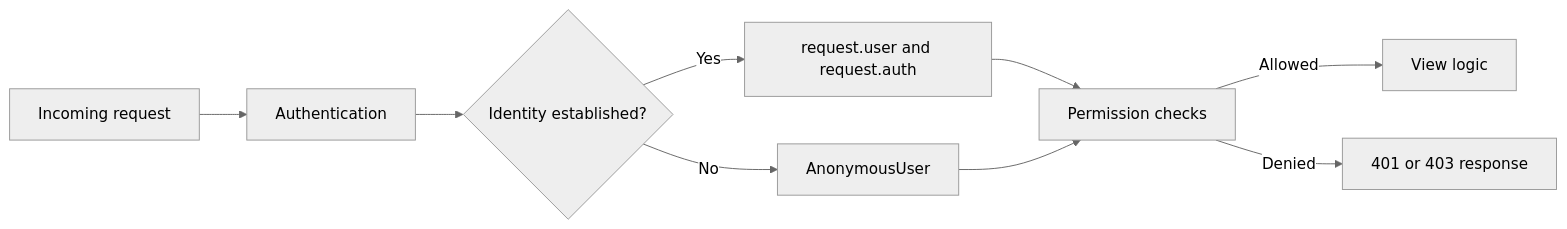
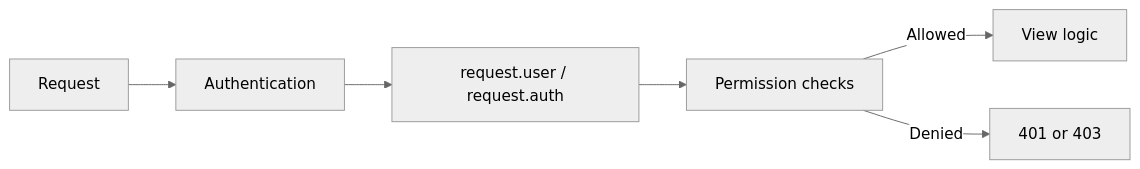
The first of 5 diagrams in src/content/drf/permissions.md (AvadhBhalodiya/Interview-Preparation), drawn with Mermaid (neutral theme) before and after one commit. The commit also changed other lines of this file and 80 other files, not shown here.

````diff
--- a/src/content/drf/permissions.md
+++ b/src/content/drf/permissions.md
@@ -52,11 +40,8 @@
 ```mermaid
 flowchart LR
-    A[Incoming request] --> B[Authentication]
-    B --> C{Identity established?}
-    C -->|Yes| D[request.user and request.auth]
-    C -->|No| E[AnonymousUser]
-    D --> F[Permission checks]
-    E --> F
-    F -->|Allowed| G[View logic]
-    F -->|Denied| H[401 or 403 response]
+    A[Request] --> B[Authentication]
+    B --> C[request.user / request.auth]
+    C --> D[Permission checks]
+    D -->|Allowed| E[View logic]
+    D -->|Denied| F[401 or 403]
 ```
````
